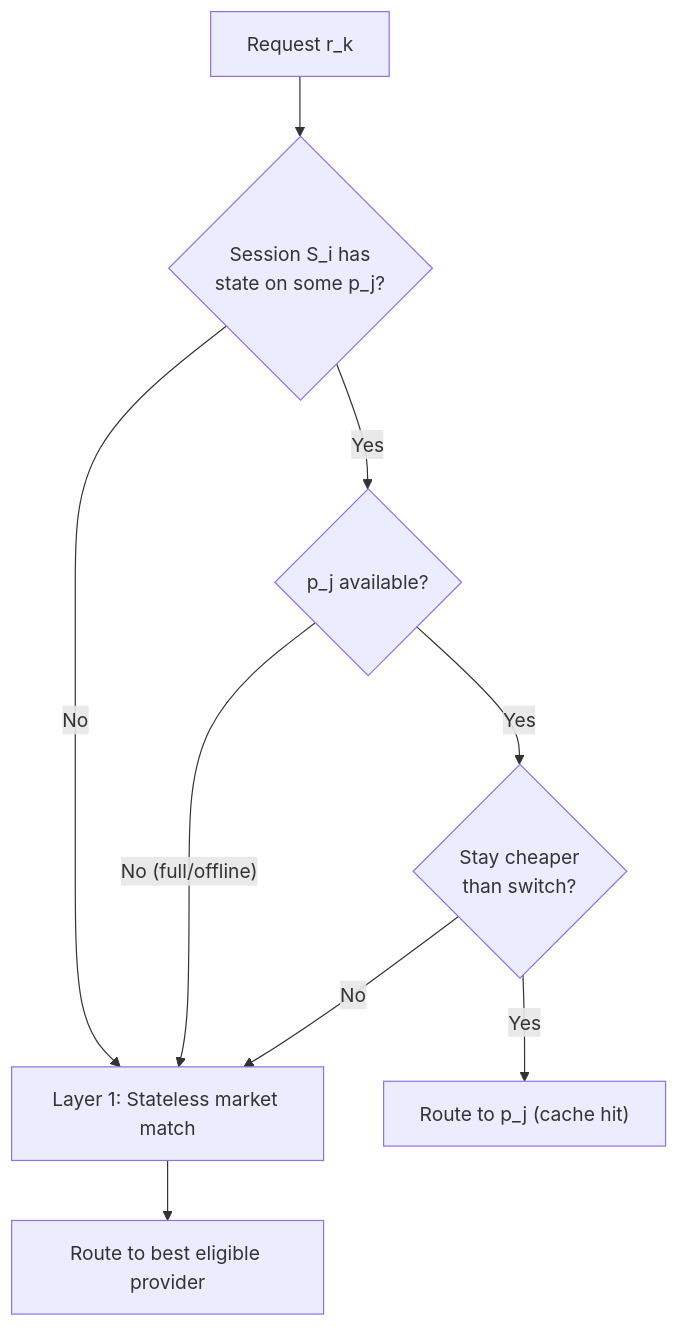
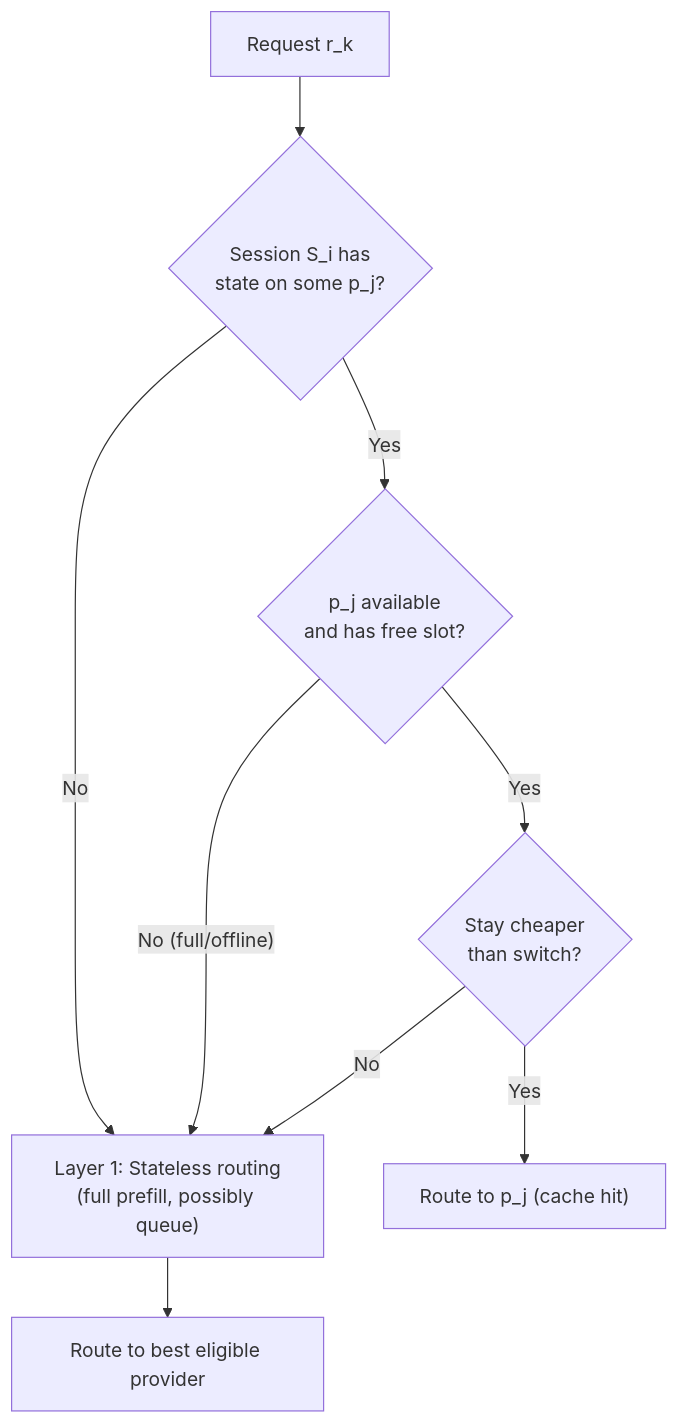
One commit to qzyu999/inference-exchange changed the second of 3 diagrams in docs/formal-model.md. Above: the diagram before and after it, drawn with Mermaid. The commit also changed other lines of this file, not shown here.

````diff
--- a/docs/formal-model.md
+++ b/docs/formal-model.md
@@ -578,11 +606,11 @@
 ```mermaid
 flowchart TD
     REQ["Request r_k"] --> SESSION{"Session S_i has<br/>state on some p_j?"}
     SESSION -->|"No"| L1["Layer 1: Stateless market match"]
-    SESSION -->|"Yes"| AVAIL{"p_j available?"}
-    AVAIL -->|"No (full/offline)"| L1
+    SESSION -->|"Yes"| AVAIL{"p_j available<br/>and has free slot?"}
+    AVAIL -->|"No (full/offline)"| L1["Layer 1: Stateless routing<br/>(full prefill, possibly queue)"]
     AVAIL -->|"Yes"| COMPARE{"Stay cheaper<br/>than switch?"}
     COMPARE -->|"Yes"| STAY["Route to p_j (cache hit)"]
     COMPARE -->|"No"| L1
     L1 --> BEST["Route to best eligible provider"]
 ```
````
